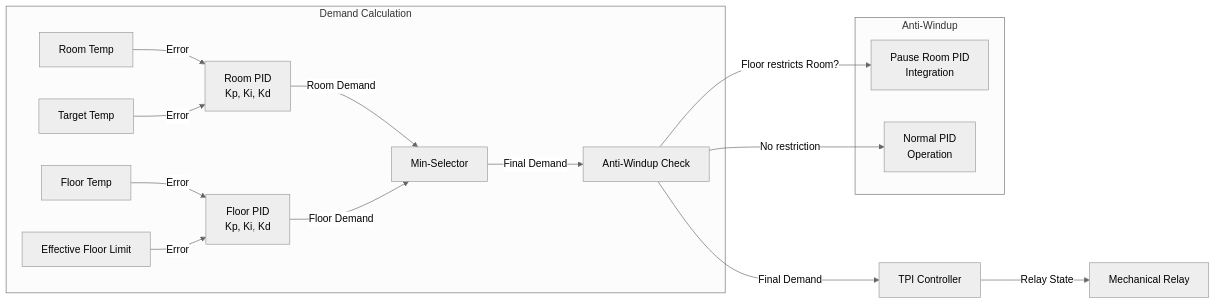
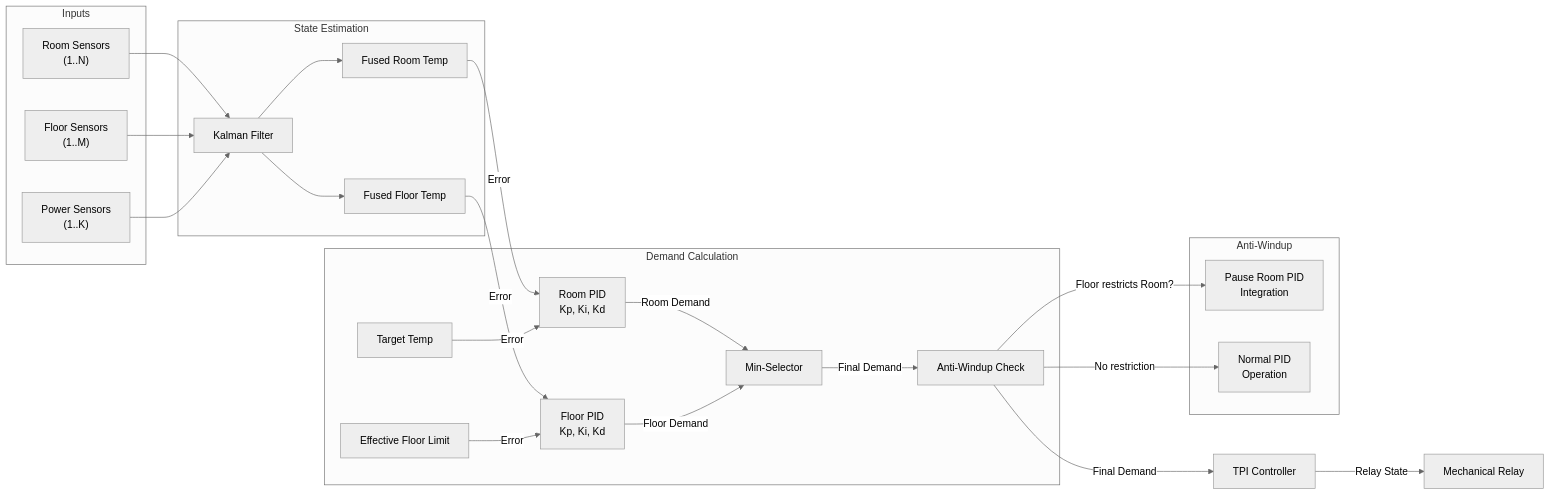
The second of 3 diagrams in README.md (jellespijker/IR-floor-heating), drawn with Mermaid (neutral theme) before and after one commit. The commit also changed other lines of this file, not shown here.

Commit message:
feat: Update README to reflect new safety logic and MIMO sensor fusion architecture

````diff
--- a/README.md
+++ b/README.md
@@ -134,26 +155,38 @@
 ```mermaid
 graph LR
+    subgraph "Inputs"
+        RS["Room Sensors<br/>(1..N)"]
+        FS["Floor Sensors<br/>(1..M)"]
+        PS["Power Sensors<br/>(1..K)"]
+    end
+
+    subgraph "State Estimation"
+       RS --> KF[Kalman Filter]
+       FS --> KF
+       PS --> KF
+       KF --> Room_T[Fused Room Temp]
+       KF --> Floor_T[Fused Floor Temp]
+    end
+
     subgraph "Demand Calculation"
-        Room_T["Room Temp"]
         Target_T["Target Temp"]
         Room_T -->|Error| Room_PID["Room PID<br/>Kp, Ki, Kd"]
         Target_T -->|Error| Room_PID
         Room_PID -->|Room Demand| Selector["Min-Selector"]
 
-        Floor_T["Floor Temp"]
         Eff_Limit["Effective Floor Limit"]
         Floor_T -->|Error| Floor_PID["Floor PID<br/>Kp, Ki, Kd"]
         Eff_Limit -->|Error| Floor_PID
         Floor_PID -->|Floor Demand| Selector
 
         Selector -->|Final Demand| AW["Anti-Windup Check"]
     end
 
     subgraph "Anti-Windup"
         AW -->|Floor restricts Room?| Pause["Pause Room PID<br/>Integration"]
         AW -->|No restriction| Normal["Normal PID<br/>Operation"]
     end
 
     AW -->|Final Demand| TPI["TPI Controller"]
     TPI -->|Relay State| Relay["Mechanical Relay"]
 ```
````
